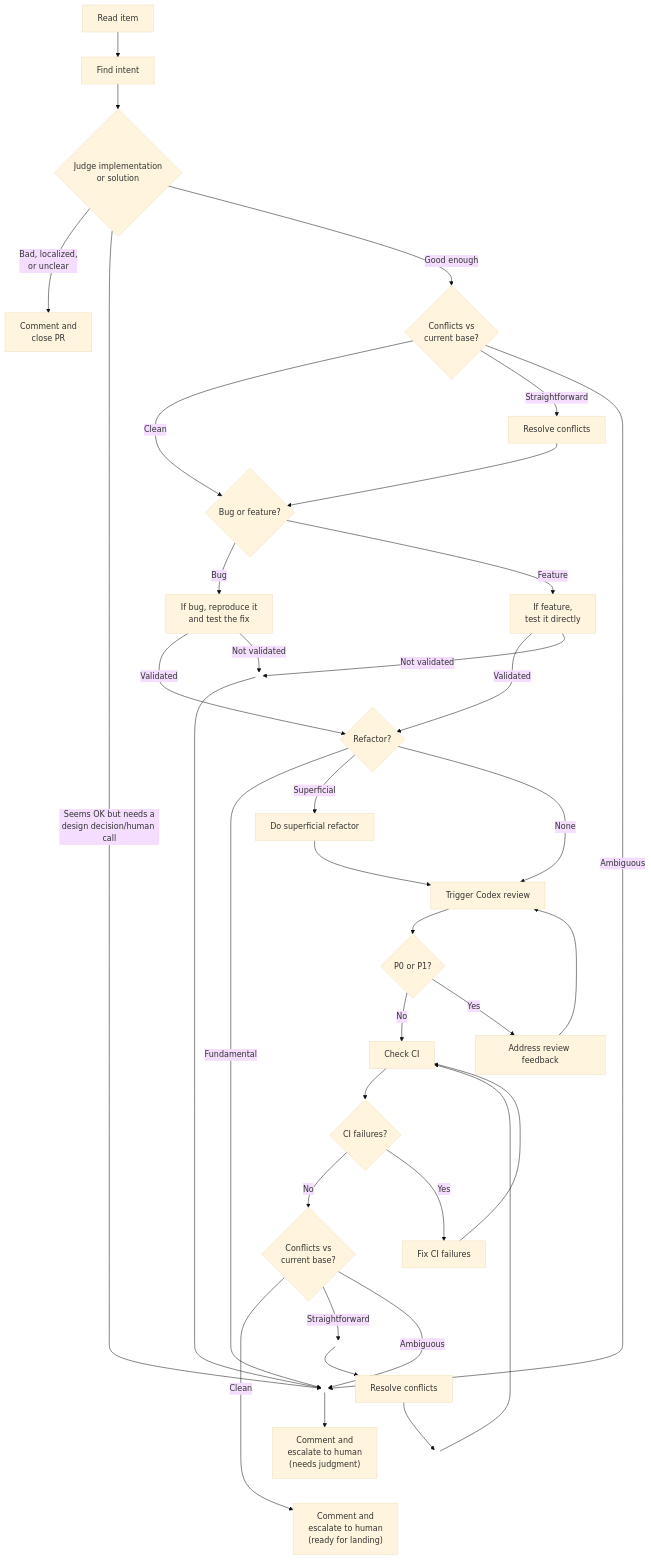
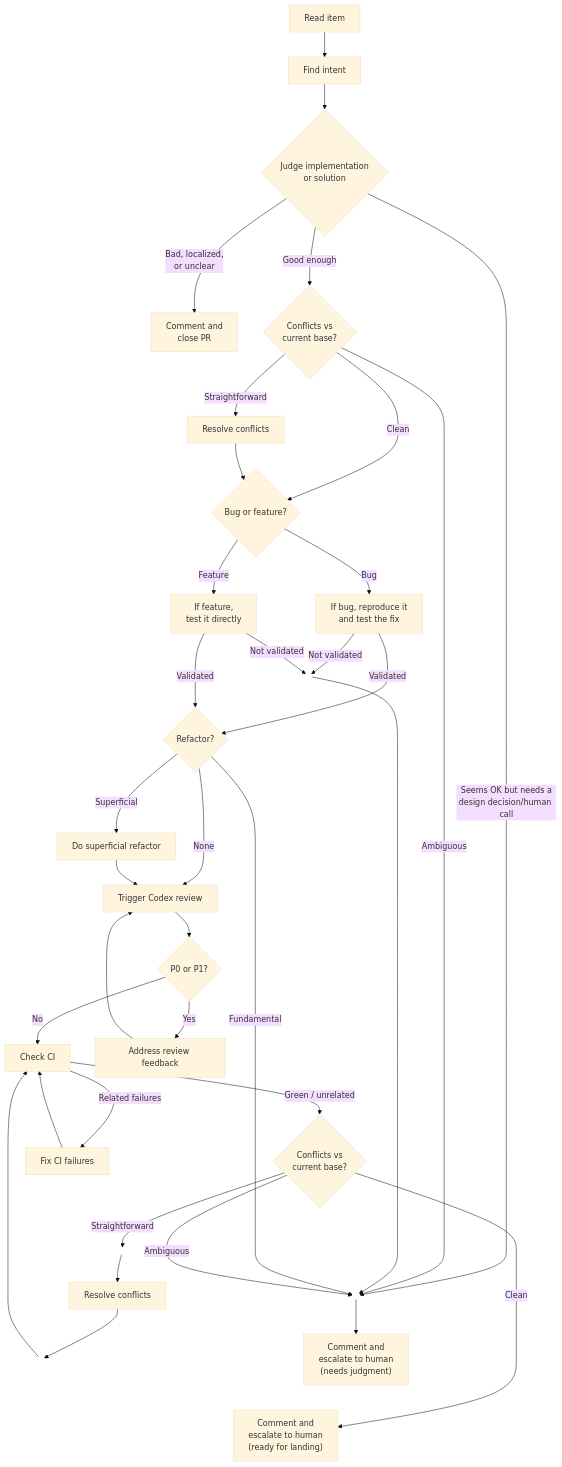
The diagram in examples/flows/pr-triage/README.md (openclaw/acpx), drawn with Mermaid (base theme) before and after one commit.

Commit message:
docs: fold ci failure routing into check ci

````diff
--- a/examples/flows/pr-triage/README.md
+++ b/examples/flows/pr-triage/README.md
@@ -5,54 +5,53 @@
 ```mermaid
 flowchart TD
     classDef hidden fill:none,stroke:none,color:none,stroke-width:0px;
     A[Read item] --> B[Find intent]
     B --> C{"Judge implementation<br/>or solution"}
     Y(( ))
     Z(( ))
     AA(( ))
     class Y,Z,AA hidden
 
     C -->|"Bad, localized,<br/>or unclear"| D[Comment and<br/>close PR]
     C -->|"Seems OK but needs a<br/>design decision/human call"| Y
     C -->|Good enough| M{"Conflicts vs<br/>current base?"}
 
     M -->|Clean| V{Bug or feature?}
     M -->|Straightforward| O[Resolve conflicts]
     O --> V
     M -->|Ambiguous| Y
 
     V -->|Bug| P[If bug, reproduce it<br/>and test the fix]
     V -->|Feature| T[If feature,<br/>test it directly]
 
     P -->|Validated| F{Refactor?}
     T -->|Validated| F
     P -->|"Not validated"| X(( ))
     T -->|"Not validated"| X
     X --> Y
     X ~~~ F
     class X hidden
 
     F -->|Fundamental| Y
     F -->|Superficial| R[Do superficial refactor]
     F -->|None| G[Trigger Codex review]
     R --> G
 
     G --> H{P0 or P1?}
     H -->|No| J[Check CI]
     H -->|Yes| I[Address review feedback]
     I --> G
-    J --> K{CI failures?}
-    K -->|No| Q{"Conflicts vs<br/>current base?"}
-    K -->|Yes| L[Fix CI failures]
+    J -->|Green / unrelated| Q{"Conflicts vs<br/>current base?"}
+    J -->|Related failures| L[Fix CI failures]
     L --> J
 
     Q -->|Clean| W["Comment and<br/>escalate to human<br/>(ready for landing)"]
     Q -->|Straightforward| AA
     AA --> U[Resolve conflicts]
     U --> Z
     Z --> J
     Q -->|Ambiguous| Y
     Y --> E["Comment and<br/>escalate to human<br/>(needs judgment)"]
     AA ~~~ Y
     Z ~~~ W
 ```
````
